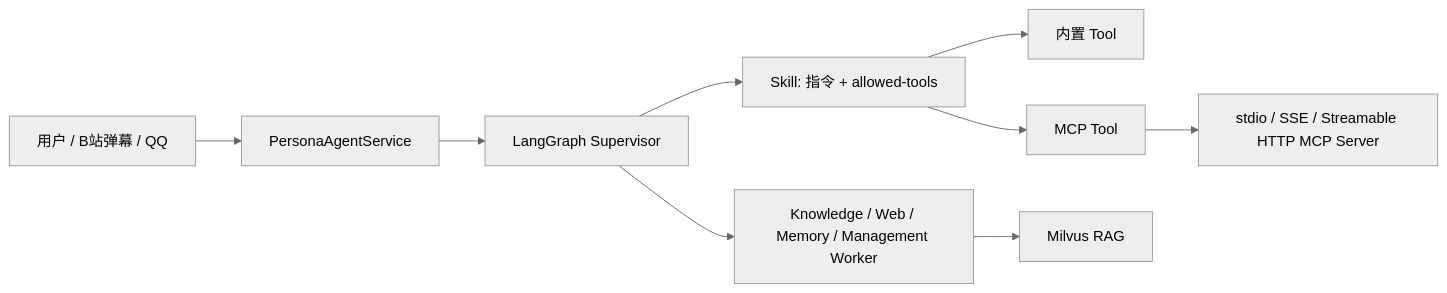
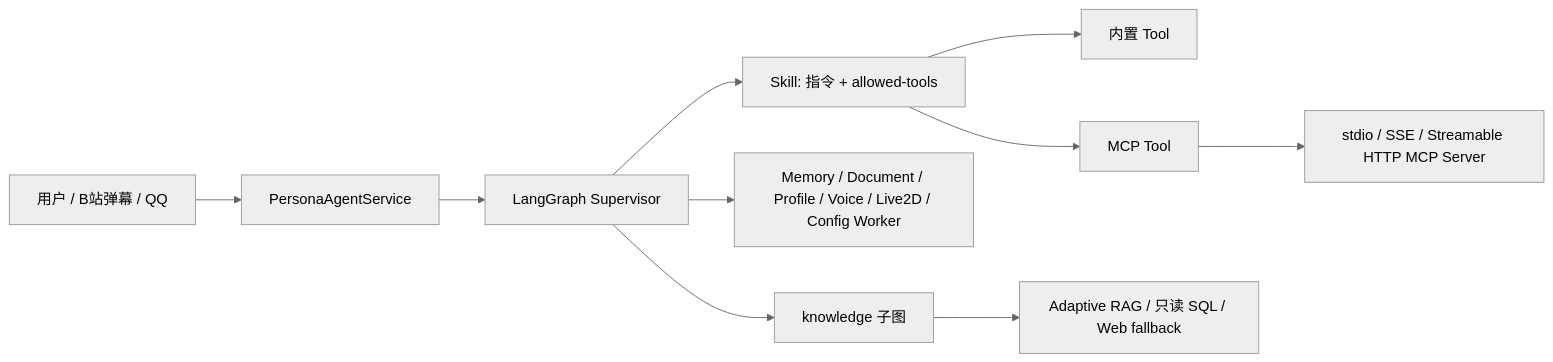
One commit to TKGEKKOU/yumeno changed the diagram in docs/agent-capability-system.md. Above: the diagram before and after it, drawn with Mermaid (neutral theme). The commit also changed other lines of this file and 301 other files, not shown here.

````diff
--- a/docs/agent-capability-system.md
+++ b/docs/agent-capability-system.md
@@ -7,11 +7,12 @@
 ```mermaid
 flowchart LR
   U[用户 / B站弹幕 / QQ] --> S[PersonaAgentService]
   S --> G[LangGraph Supervisor]
-  G --> W[Knowledge / Web / Memory / Management Worker]
+  G --> K[knowledge 子图]
+  G --> W[Memory / Document / Profile / Voice / Live2D / Config Worker]
   G --> SK[Skill: 指令 + allowed-tools]
   SK --> T[内置 Tool]
   SK --> M[MCP Tool]
-  W --> R[Milvus RAG]
+  K --> R[Adaptive RAG / 只读 SQL / Web fallback]
   M --> X[stdio / SSE / Streamable HTTP MCP Server]
 ```
````
